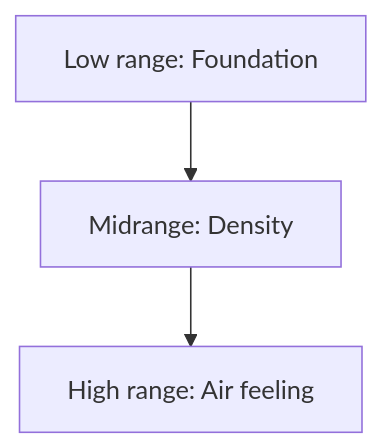
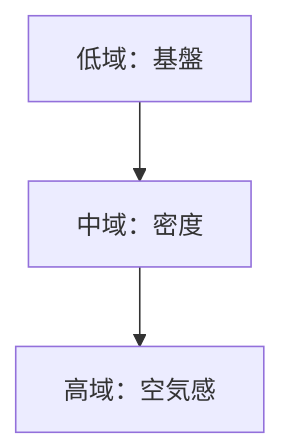
One commit to monumental-movement/monumental-movement.github.io changed the second of 4 diagrams in en/_posts/2025-12-18-column-ambient-drone-textural-drone.md. Above: the diagram before and after it, drawn with Mermaid. The commit also changed other lines of this file and 775 other files, not shown here.

```diff
--- a/en/_posts/2025-12-18-column-ambient-drone-textural-drone.md
+++ b/en/_posts/2025-12-18-column-ambient-drone-textural-drone.md
@@ -115,5 +115,5 @@
 <div class="mermaid">
 flowchart TB
-    L["Low range: Foundation"] --> M["Midrange: Density"]
-    M --> H["High range: Air feeling"]
+    L["低域：基盤"] --> M["中域：密度"]
+    M --> H["高域：空気感"]
 </div>
```
